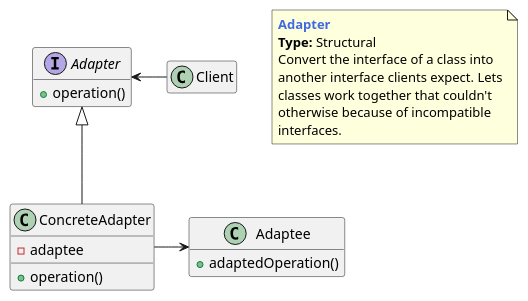
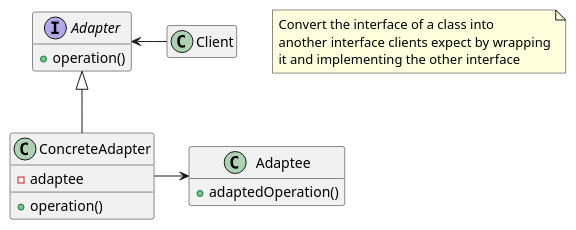
Before and after one commit to gyoridavid/design-patterns-typescript: the diagram in src/adapter/adapter.puml, drawn with PlantUML. The commit also changed 6 other files, not shown here.

```diff
--- a/src/adapter/adapter.puml
+++ b/src/adapter/adapter.puml
@@ -3,34 +3,30 @@
 @startuml
 
 interface Adapter {
     + operation()
 }
 
 class Client
 
 class ConcreteAdapter {
     - adaptee
     + operation()
 }
 
 class Adaptee {
     + adaptedOperation()
 }
 
 hide empty members
 
 Adapter <- Client
 Adapter <|-- ConcreteAdapter
 ConcreteAdapter -> Adaptee
 
 note as N1
-    <b><color:royalBlue>Adapter</color></b>
-    <b>Type:</b> Structural
     Convert the interface of a class into
-    another interface clients expect. Lets
-    classes work together that couldn't
-    otherwise because of incompatible
-    interfaces.
+    another interface clients expect by wrapping
+    it and implementing the other interface
 end note
 
 @enduml
```
